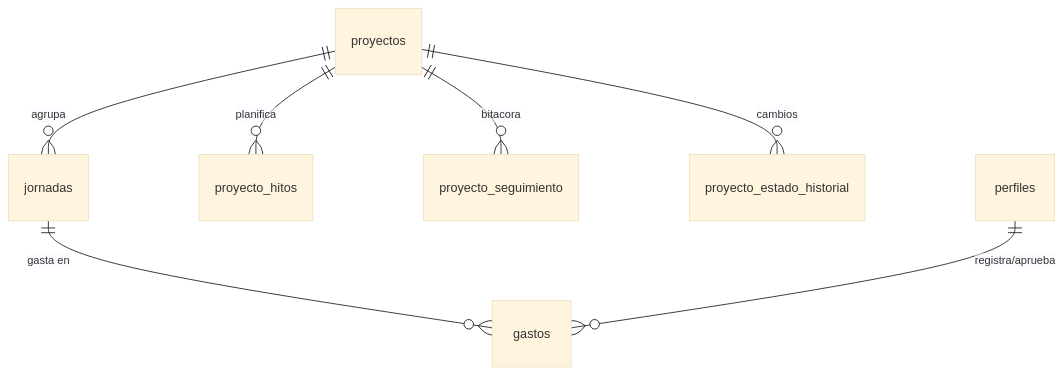
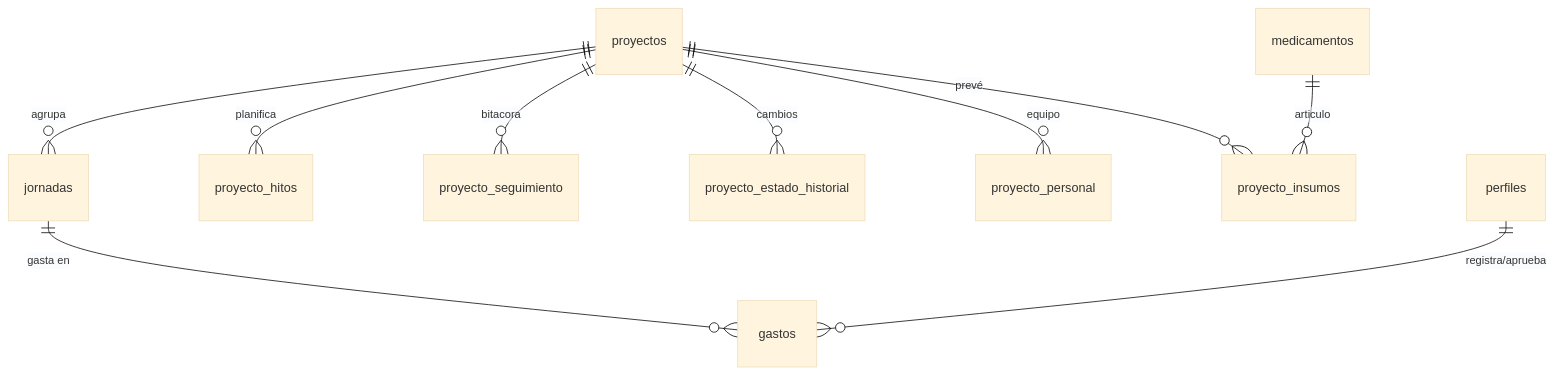
The sixth of 6 diagrams in docs/MODELO-DE-DATOS.md (URL-ECOPAC/Ecopac-Digital), drawn with Mermaid (base theme) before and after one commit. The commit also changed other lines of this file and 60 other files, not shown here.

````diff
--- a/docs/MODELO-DE-DATOS.md
+++ b/docs/MODELO-DE-DATOS.md
@@ -617,9 +675,12 @@
 ```mermaid
 erDiagram
     proyectos ||--o{ jornadas : agrupa
     proyectos ||--o{ proyecto_hitos : "planifica"
     proyectos ||--o{ proyecto_seguimiento : "bitacora"
     proyectos ||--o{ proyecto_estado_historial : "cambios"
+    proyectos ||--o{ proyecto_personal : "equipo"
+    proyectos ||--o{ proyecto_insumos : "prevé"
+    medicamentos ||--o{ proyecto_insumos : "articulo"
     jornadas ||--o{ gastos : "gasta en"
     perfiles ||--o{ gastos : "registra/aprueba"
 ```
````
